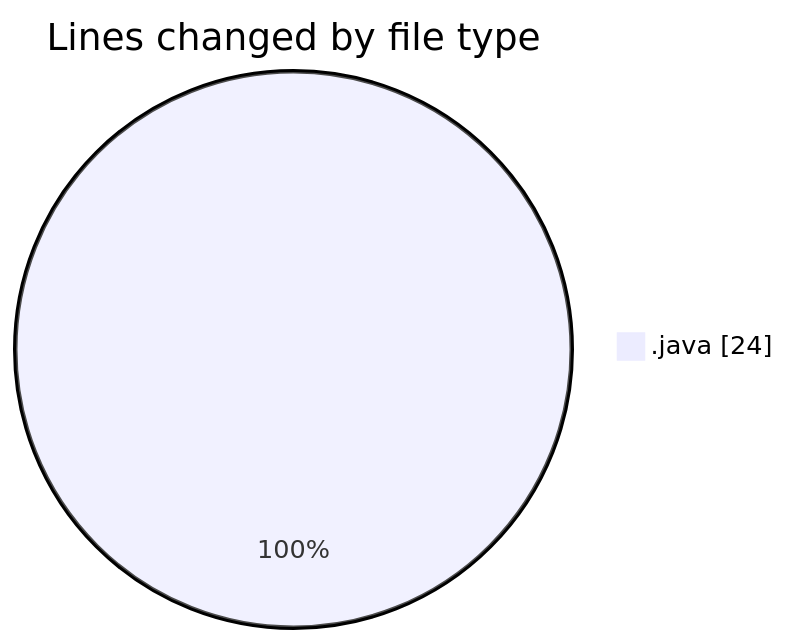
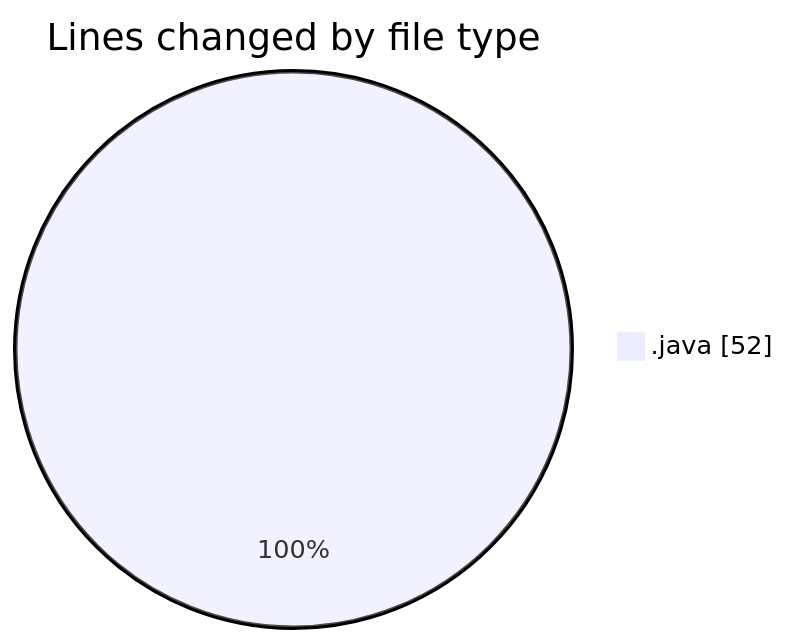
One commit to hasnaa123/code-tracking changed the first of 2 diagrams in 2026-04-26/chatserver/README.md. Above: the diagram before and after it, drawn with Mermaid. The commit also changed other lines of this file and 1 other file, not shown here.

````diff
--- a/2026-04-26/chatserver/README.md
+++ b/2026-04-26/chatserver/README.md
@@ -20,5 +22,5 @@
 ```mermaid
 pie showData
 title Lines changed by file type
-".java" : 24
+".java" : 52
 ```
````
